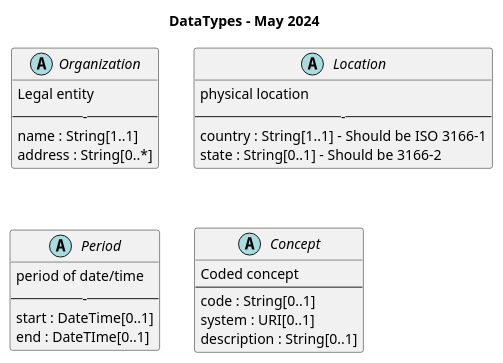
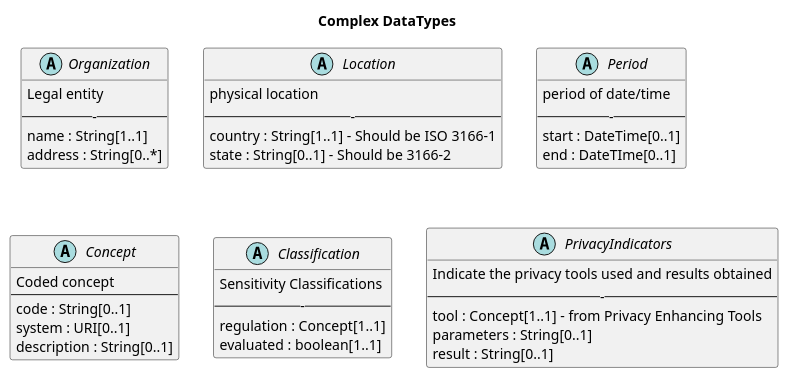
The diagram in ImageSource/datatypes.plantuml (Data-and-Trust-Alliance/DPS), drawn with PlantUML before and after one commit. The commit also changed 7 other files, not shown here.

```diff
--- a/ImageSource/datatypes.plantuml
+++ b/ImageSource/datatypes.plantuml
@@ -1,31 +1,45 @@
 @startuml 
-title DataTypes - May 2024
+title Complex DataTypes
 
 abstract class Organization {
     Legal entity
     -----
     name : String[1..1]
     address : String[0..*]
 }
 
 abstract class Location {
     physical location
     -----
     country : String[1..1] - Should be ISO 3166-1
     state : String[0..1] - Should be 3166-2
 }
 abstract class Period {
     period of date/time
     -----
     start : DateTime[0..1]
     end : DateTIme[0..1]
 }
 abstract class Concept {
     Coded concept 
     ----
     code : String[0..1]
     system : URI[0..1]
     description : String[0..1]
 }
 
+abstract class Classification {
+    Sensitivity Classifications
+    -----
+    regulation : Concept[1..1]
+    evaluated : boolean[1..1]
+}
+
+abstract class PrivacyIndicators {
+    Indicate the privacy tools used and results obtained
+    -----
+    tool : Concept[1..1] - from Privacy Enhancing Tools
+    parameters : String[0..1]
+    result : String[0..1]
+}
 @enduml
```
